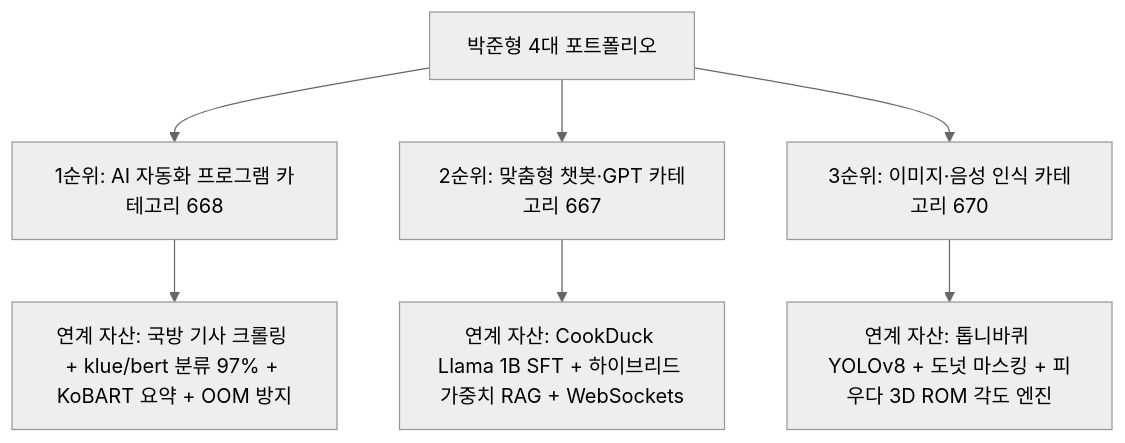
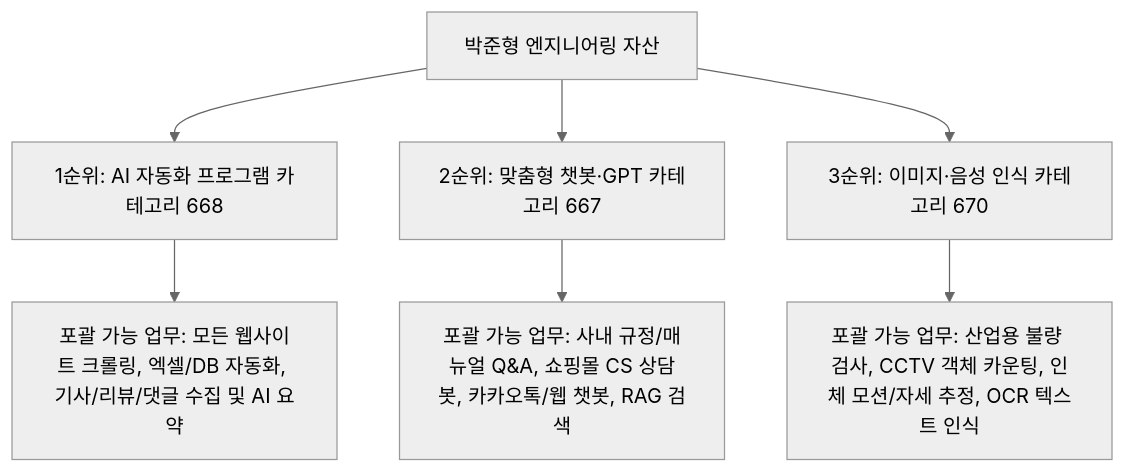
The diagram in kmong_strategy/top3_category_tailored_strategy.md (00PJH/ready_for_kmong), drawn with Mermaid (neutral theme) before and after one commit. The commit also changed other lines of this file and 1 other file, not shown here.

````diff
--- a/kmong_strategy/top3_category_tailored_strategy.md
+++ b/kmong_strategy/top3_category_tailored_strategy.md
@@ -14,10 +40,10 @@
 ```mermaid
 graph TD
-    A[박준형 4대 포트폴리오] --> B[1순위: AI 자동화 프로그램 카테고리 668]
+    A[박준형 엔지니어링 자산] --> B[1순위: AI 자동화 프로그램 카테고리 668]
     A --> C[2순위: 맞춤형 챗봇·GPT 카테고리 667]
     A --> D[3순위: 이미지·음성 인식 카테고리 670]
     
-    B --> E[연계 자산: 국방 기사 크롤링 + klue/bert 분류 97% + KoBART 요약 + OOM 방지]
-    C --> F[연계 자산: CookDuck Llama 1B SFT + 하이브리드 가중치 RAG + WebSockets]
-    D --> G[연계 자산: 톱니바퀴 YOLOv8 + 도넛 마스킹 + 피우다 3D ROM 각도 엔진]
+    B --> E[포괄 가능 업무: 모든 웹사이트 크롤링, 엑셀/DB 자동화, 기사/리뷰/댓글 수집 및 AI 요약]
+    C --> F[포괄 가능 업무: 사내 규정/매뉴얼 Q&A, 쇼핑몰 CS 상담봇, 카카오톡/웹 챗봇, RAG 검색]
+    D --> G[포괄 가능 업무: 산업용 불량 검사, CCTV 객체 카운팅, 인체 모션/자세 추정, OCR 텍스트 인식]
 ```
````
